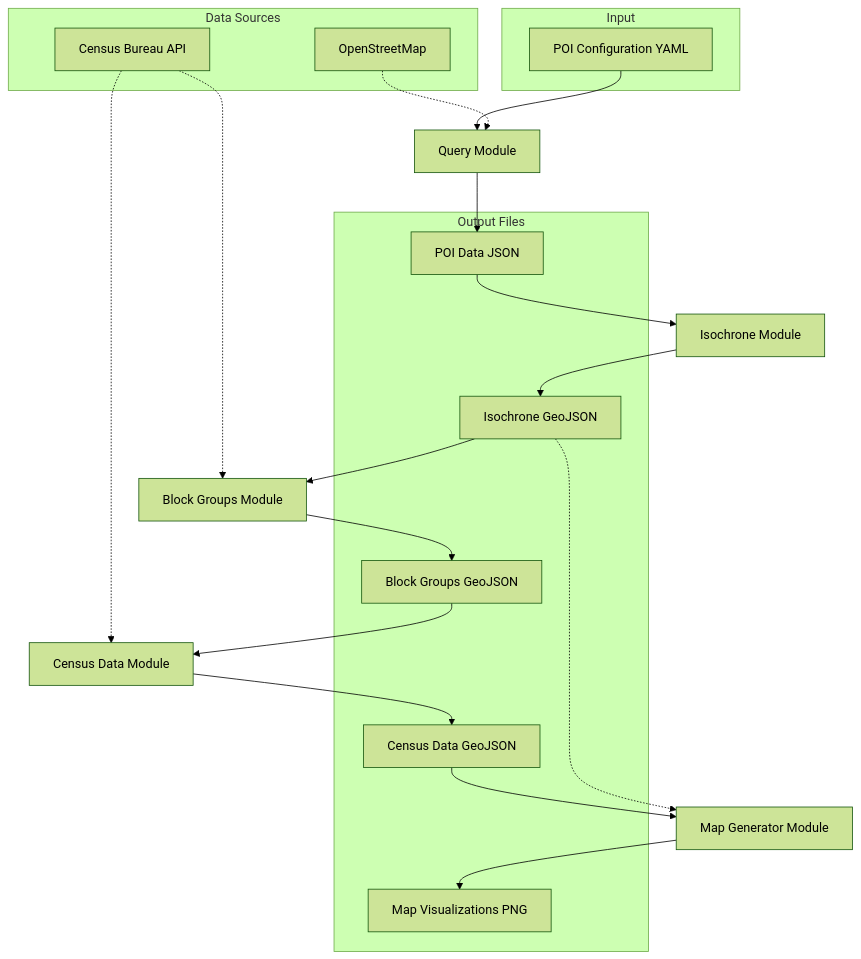
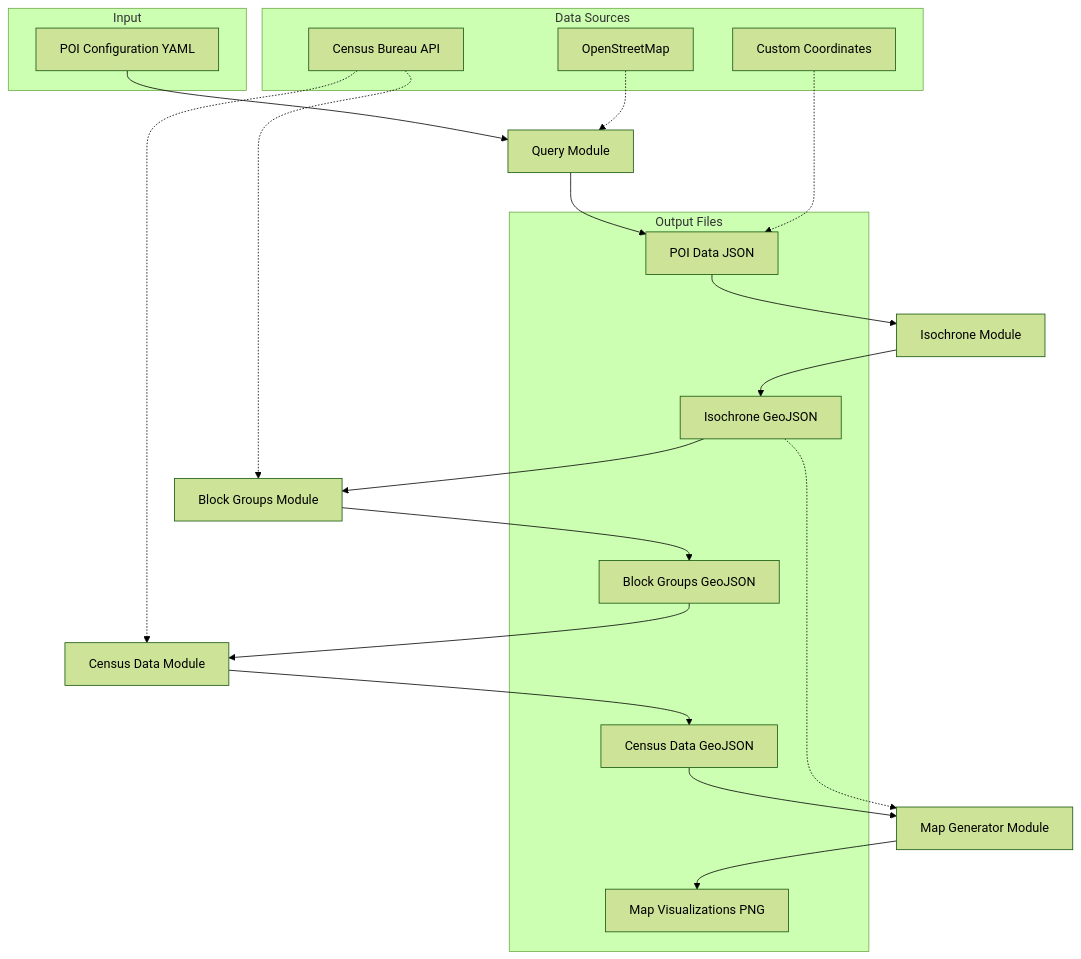
The diagram in README.md (mihiarc/socialmapper), drawn with Mermaid (forest theme) before and after one commit. The commit also changed other lines of this file and 1 other file, not shown here.

First line of the commit message:
Add support for custom coordinates in community_mapper.py

````diff
--- a/README.md
+++ b/README.md
@@ -189,35 +235,38 @@
 ```mermaid
 graph TD
     A[POI Configuration YAML] --> B[Query Module]
     B --> C[POI Data JSON]
     C --> D[Isochrone Module]
     D --> E[Isochrone GeoJSON]
     E --> F[Block Groups Module]
     G[Census Bureau API] -.-> F
     F --> H[Block Groups GeoJSON]
     H --> I[Census Data Module]
     G -.-> I
     I --> J[Census Data GeoJSON]
     J --> K[Map Generator Module]
     E -.-> K
     K --> L[Map Visualizations PNG]
     
     subgraph "Data Sources"
         M[OpenStreetMap]
+        N[Custom Coordinates]
         G
     end
     
     subgraph "Input"
         A
+        N
     end
     
     subgraph "Output Files"
         C
         E
         H
         J
         L
     end
     
     M -.-> B
+    N -.-> C
 ```
````
